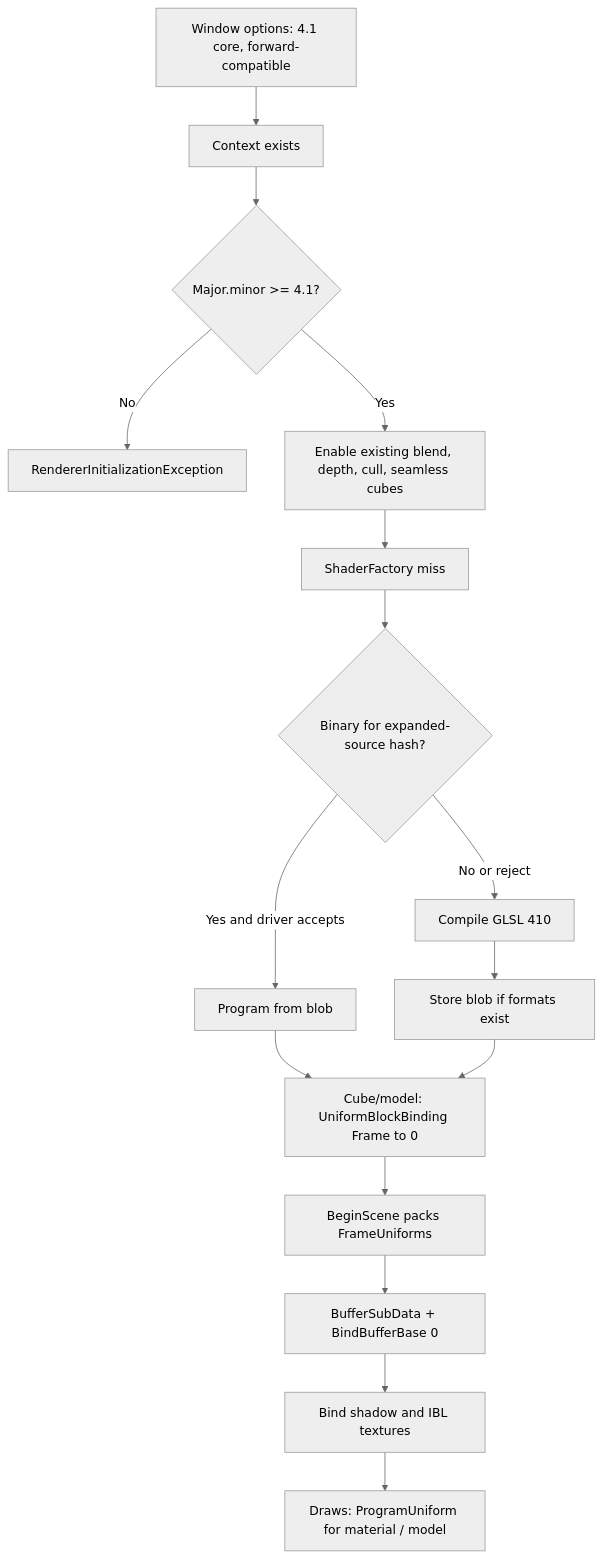
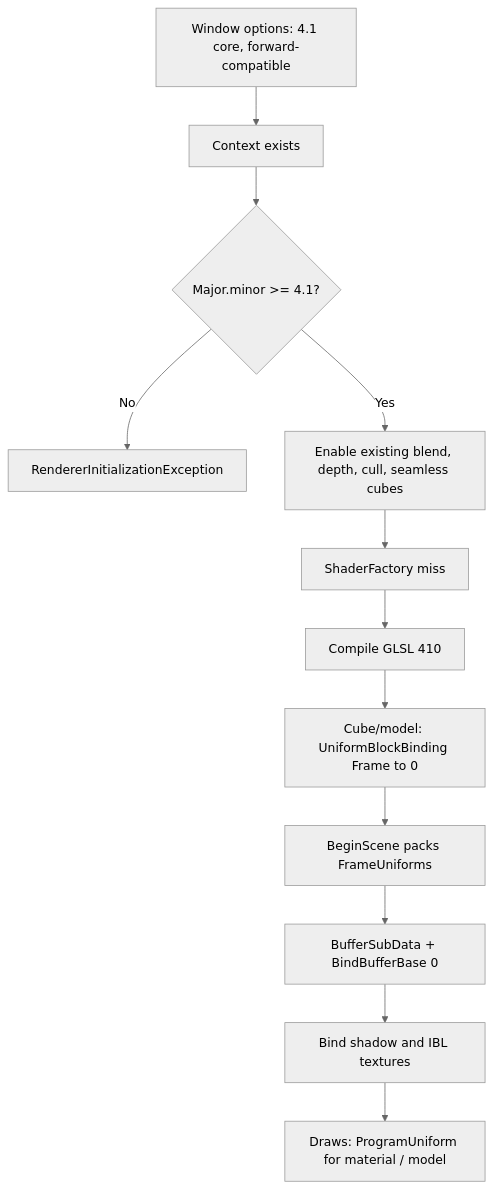
Before and after one commit to kateusz/GameEngine: the first of 2 diagrams in docs/specs/opengl-4.1/developer-guide.md, drawn with Mermaid (neutral theme). The commit also changed other lines of this file and 20 other files, not shown here.

````diff
--- a/docs/specs/opengl-4.1/developer-guide.md
+++ b/docs/specs/opengl-4.1/developer-guide.md
@@ -7,18 +7,14 @@
 ```mermaid
 flowchart TD
     A[Window options: 4.1 core, forward-compatible] --> B[Context exists]
     B --> C{Major.minor >= 4.1?}
     C -->|No| D[RendererInitializationException]
     C -->|Yes| E[Enable existing blend, depth, cull, seamless cubes]
     E --> F[ShaderFactory miss]
-    F --> G{Binary for expanded-source hash?}
-    G -->|Yes and driver accepts| H[Program from blob]
-    G -->|No or reject| I[Compile GLSL 410]
-    I --> J[Store blob if formats exist]
-    H --> K[Cube/model: UniformBlockBinding Frame to 0]
-    J --> K
+    F --> I[Compile GLSL 410]
+    I --> K[Cube/model: UniformBlockBinding Frame to 0]
     K --> L[BeginScene packs FrameUniforms]
     L --> M[BufferSubData + BindBufferBase 0]
     M --> N[Bind shadow and IBL textures]
     N --> O[Draws: ProgramUniform for material / model]
 ```
````
